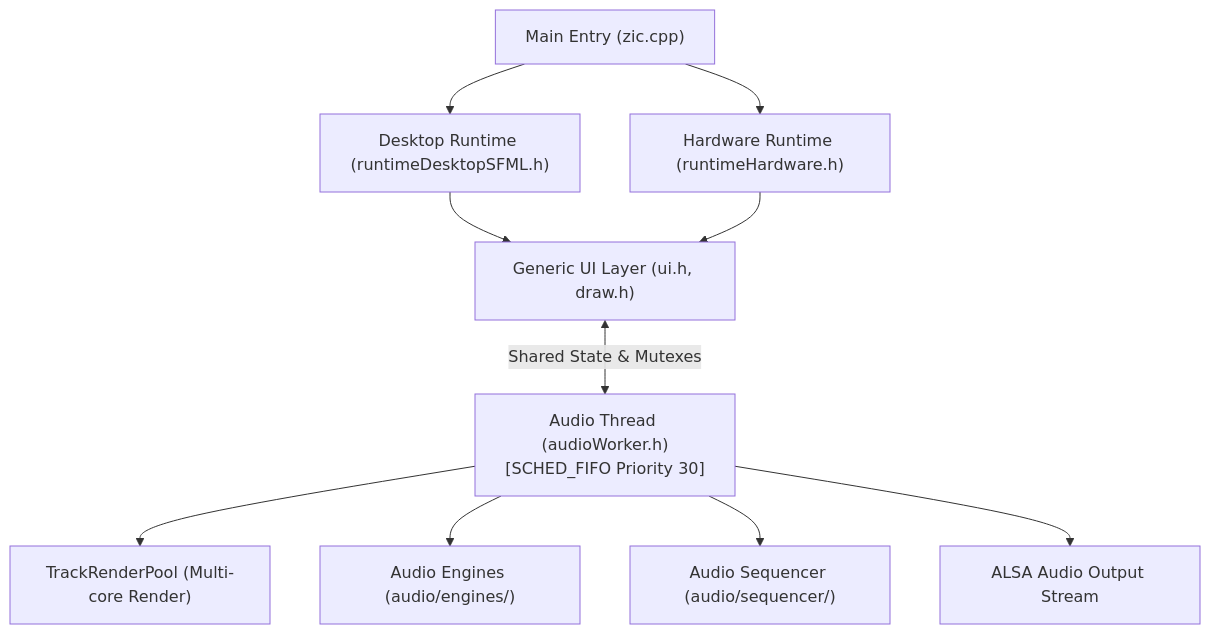
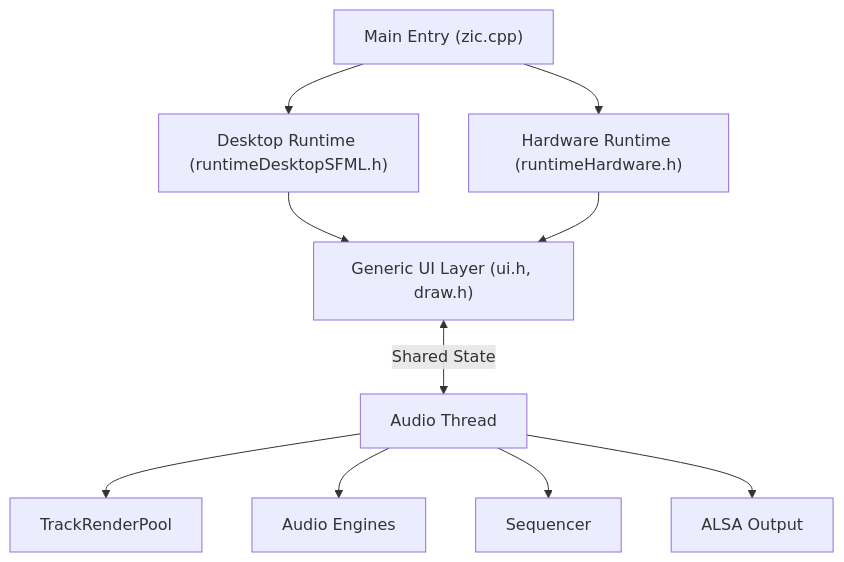
One commit to apiel/zicBox changed the diagram in .agents/ARCHITECTURE.md. Above: the diagram before and after it, drawn with Mermaid. The commit also changed other lines of this file and 7 other files, not shown here.

````diff
--- a/.agents/ARCHITECTURE.md
+++ b/.agents/ARCHITECTURE.md
@@ -9,15 +19,15 @@
 ```mermaid
 graph TD
     Main["Main Entry (zic.cpp)"] --> SFML["Desktop Runtime (runtimeDesktopSFML.h)"]
     Main --> HW["Hardware Runtime (runtimeHardware.h)"]
-    
+
     SFML --> UI["Generic UI Layer (ui.h, draw.h)"]
     HW --> UI
-    
-    UI <-->|"Shared State & Mutexes"| Audio["Audio Thread (audioWorker.h)\n[SCHED_FIFO Priority 30]"]
-    
-    Audio --> Pool["TrackRenderPool (Multi-core Render)"]
-    Audio --> Engines["Audio Engines (audio/engines/)"]
-    Audio --> Seq["Audio Sequencer (audio/sequencer/)"]
-    Audio --> ALSA["ALSA Audio Output Stream"]
+
+    UI <-->|Shared State| Audio["Audio Thread"]
+
+    Audio --> Pool["TrackRenderPool"]
+    Audio --> Engines["Audio Engines"]
+    Audio --> Seq["Sequencer"]
+    Audio --> ALSA["ALSA Output"]
 ```
````
